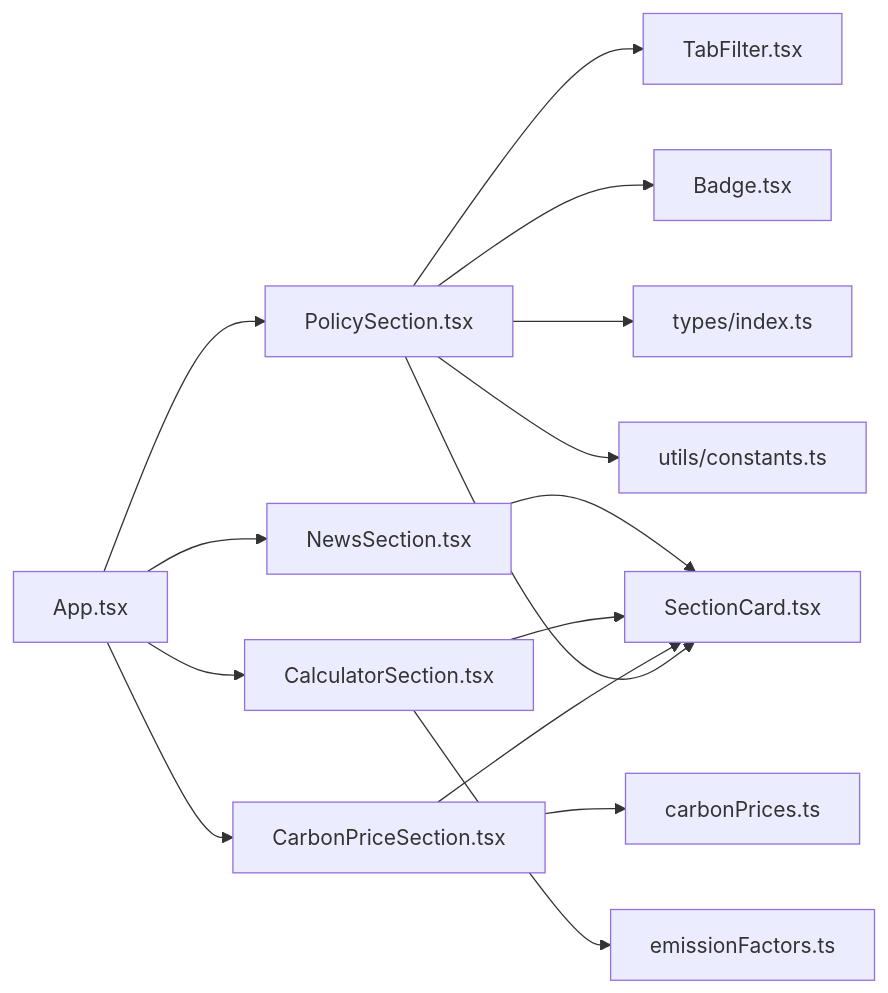
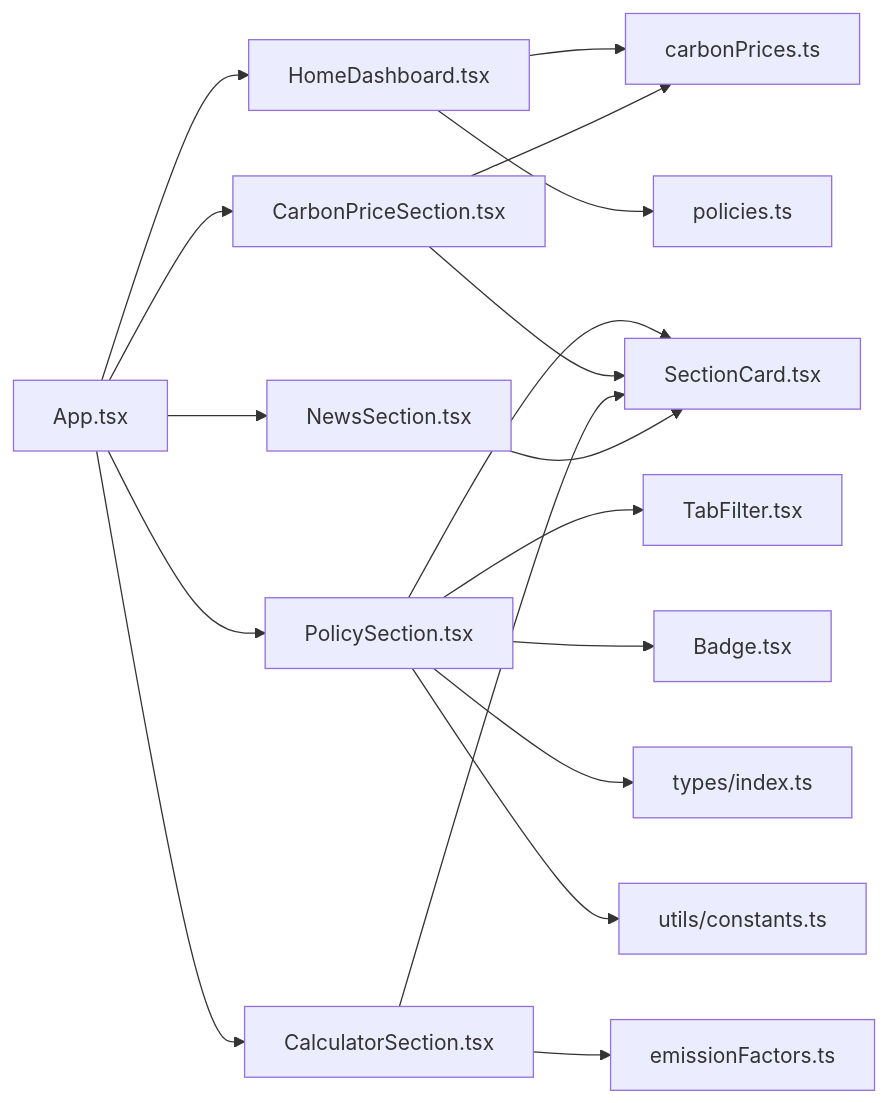
Before and after one commit to liangxuanliang-cmd/carbon-info-agent: the third of 3 diagrams in .qoder/repowiki/zh/content/组件系统/组件系统.md, drawn with Mermaid. The commit also changed other lines of this file and 14 other files, not shown here.

````diff
--- a/.qoder/repowiki/zh/content/组件系统/组件系统.md
+++ b/.qoder/repowiki/zh/content/组件系统/组件系统.md
@@ -311,17 +373,20 @@
 ```mermaid
 graph LR
-APP["App.tsx"] --> PS["PolicySection.tsx"]
+APP["App.tsx"] --> HD["HomeDashboard.tsx"]
+APP --> PS["PolicySection.tsx"]
 APP --> CS["CarbonPriceSection.tsx"]
 APP --> CalS["CalculatorSection.tsx"]
 APP --> NS["NewsSection.tsx"]
+HD --> CP["carbonPrices.ts"]
+HD --> POL["policies.ts"]
 PS --> SC["SectionCard.tsx"]
 PS --> TF["TabFilter.tsx"]
 PS --> BD["Badge.tsx"]
 CS --> SC
-CS --> CP["carbonPrices.ts"]
+CS --> CP
 CalS --> SC
 CalS --> EF["emissionFactors.ts"]
 NS --> SC
 PS --> T["types/index.ts"]
 PS --> C["utils/constants.ts"]
 ```
````
